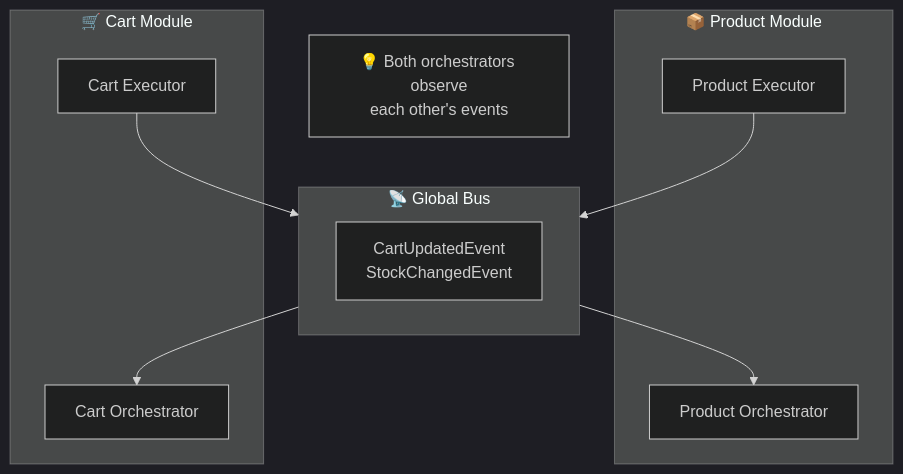
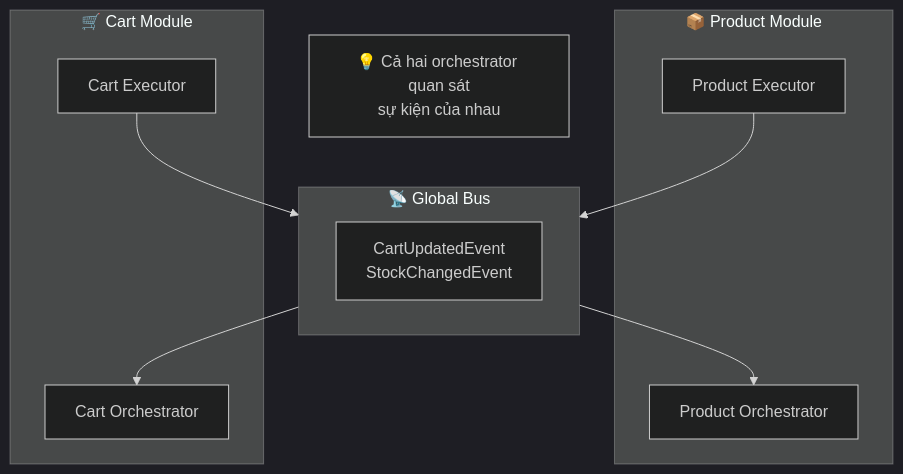
The seventh of 12 diagrams in book/chapters/06_case_study.md (lploc94/flutter_orchestrator), drawn with Mermaid (dark theme) before and after one commit. The commit also changed other lines of this file and 31 other files, not shown here.

````diff
--- a/book/chapters/06_case_study.md
+++ b/book/chapters/06_case_study.md
@@ -191,23 +197,23 @@
 ```mermaid
 graph TB
     subgraph ProductModule["📦 Product Module"]
         ProductOrch["Product Orchestrator"]
         ProductExec["Product Executor"]
     end
     
     subgraph CartModule["🛒 Cart Module"]
         CartOrch["Cart Orchestrator"]
         CartExec["Cart Executor"]
     end
     
     subgraph GlobalBus["📡 Global Bus"]
         Events["CartUpdatedEvent<br/>StockChangedEvent"]
     end
     
     ProductExec --> GlobalBus
     CartExec --> GlobalBus
     GlobalBus --> ProductOrch
     GlobalBus --> CartOrch
     
-    Note["💡 Both orchestrators observe<br/>each other's events"]
+    Note["💡 Cả hai orchestrator quan sát<br/>sự kiện của nhau"]
 ```
````
